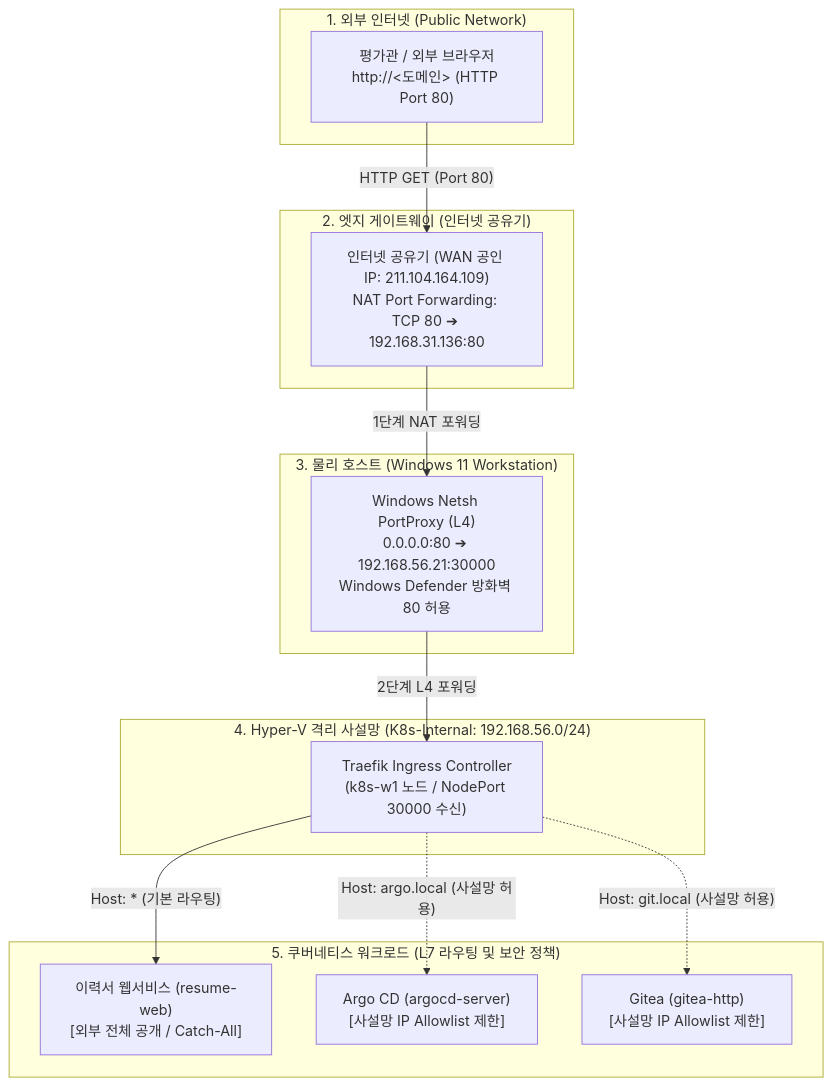
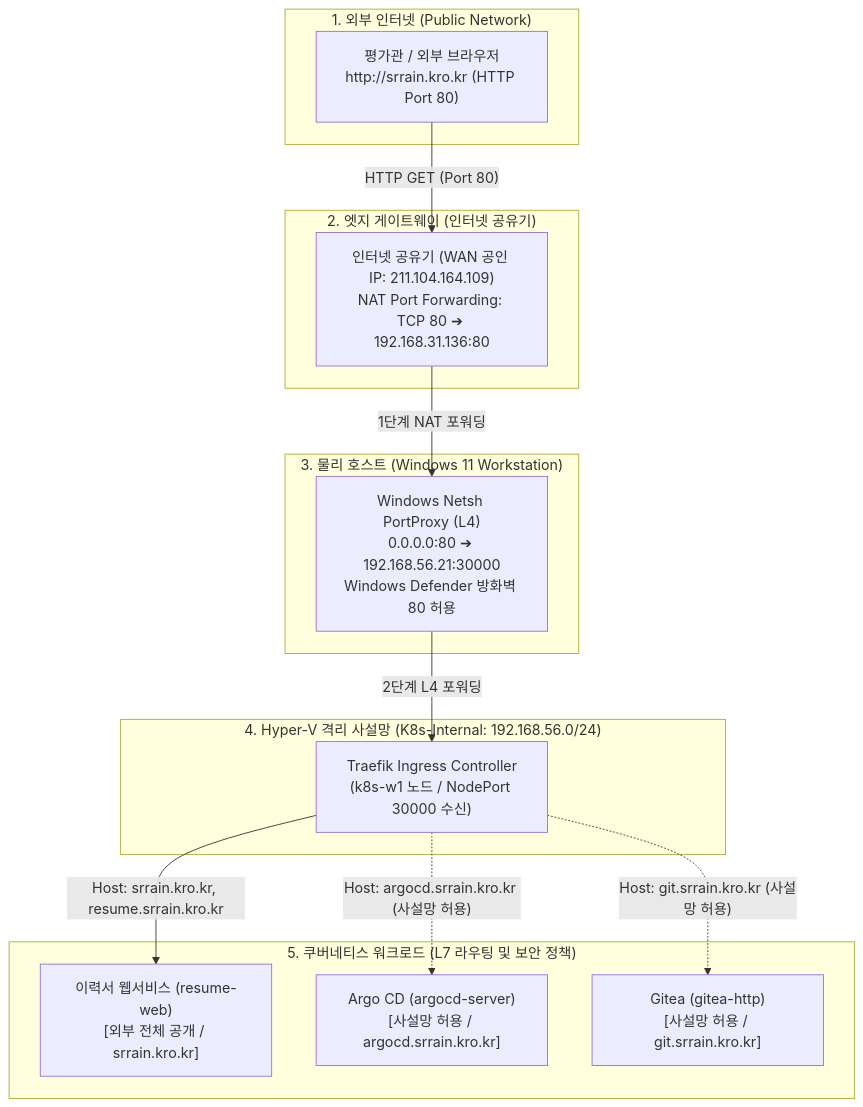
The second of 3 diagrams in docs/submission.md (sRrAiN98/Assignment), drawn with Mermaid before and after one commit. The commit also changed other lines of this file and 5 other files, not shown here.

Commit message:
feat: configure srrain.kro.kr domain and subdomains, polish credentials and soften network security wording

````diff
--- a/docs/submission.md
+++ b/docs/submission.md
@@ -80,32 +80,32 @@
 ```mermaid
 flowchart TD
     subgraph External ["1. 외부 인터넷 (Public Network)"]
-        client["평가관 / 외부 브라우저\nhttp://<도메인> (HTTP Port 80)"]
+        client["평가관 / 외부 브라우저\nhttp://srrain.kro.kr (HTTP Port 80)"]
     end
 
     subgraph GatewayLayer ["2. 엣지 게이트웨이 (인터넷 공유기)"]
         router["인터넷 공유기 (WAN 공인 IP: 211.104.164.109)\nNAT Port Forwarding: TCP 80 ➔ 192.168.31.136:80"]
     end
 
     subgraph HostLayer ["3. 물리 호스트 (Windows 11 Workstation)"]
         hostProxy["Windows Netsh PortProxy (L4)\n0.0.0.0:80 ➔ 192.168.56.21:30000\nWindows Defender 방화벽 80 허용"]
     end
 
     subgraph HyperVNetwork ["4. Hyper-V 격리 사설망 (K8s-Internal: 192.168.56.0/24)"]
         traefik["Traefik Ingress Controller\n(k8s-w1 노드 / NodePort 30000 수신)"]
     end
 
     subgraph K8sServices ["5. 쿠버네티스 워크로드 (L7 라우팅 및 보안 정책)"]
-        resumeSvc["이력서 웹서비스 (resume-web)\n[외부 전체 공개 / Catch-All]"]
-        argoSvc["Argo CD (argocd-server)\n[사설망 IP Allowlist 제한]"]
-        gitSvc["Gitea (gitea-http)\n[사설망 IP Allowlist 제한]"]
+        resumeSvc["이력서 웹서비스 (resume-web)\n[외부 전체 공개 / srrain.kro.kr]"]
+        argoSvc["Argo CD (argocd-server)\n[사설망 허용 / argocd.srrain.kro.kr]"]
+        gitSvc["Gitea (gitea-http)\n[사설망 허용 / git.srrain.kro.kr]"]
     end
 
     client -->|"HTTP GET (Port 80)"| router
     router -->|"1단계 NAT 포워딩"| hostProxy
     hostProxy -->|"2단계 L4 포워딩"| traefik
     
-    traefik -->|"Host: * (기본 라우팅)"| resumeSvc
-    traefik -.->|"Host: argo.local (사설망 허용)"| argoSvc
-    traefik -.->|"Host: git.local (사설망 허용)"| gitSvc
+    traefik -->|"Host: srrain.kro.kr, resume.srrain.kro.kr"| resumeSvc
+    traefik -.->|"Host: argocd.srrain.kro.kr (사설망 허용)"| argoSvc
+    traefik -.->|"Host: git.srrain.kro.kr (사설망 허용)"| gitSvc
 ```
````
